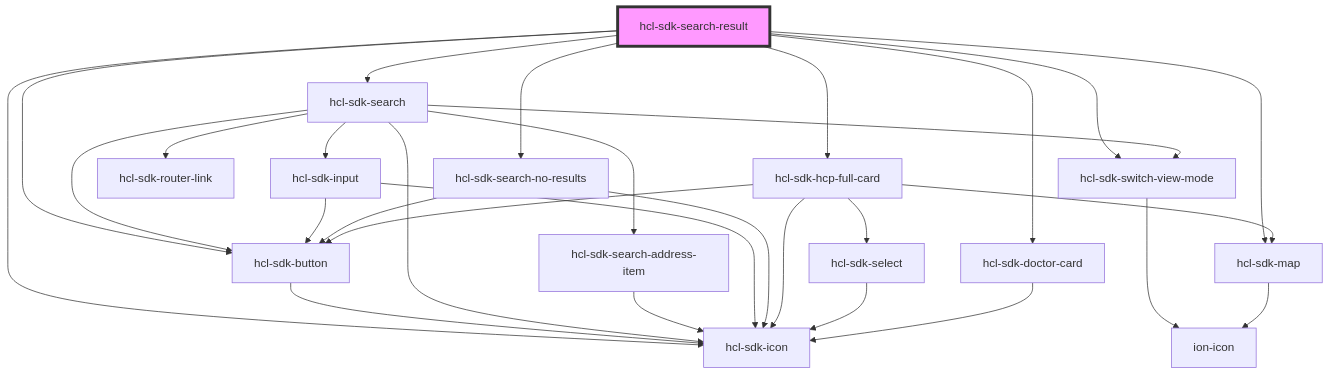
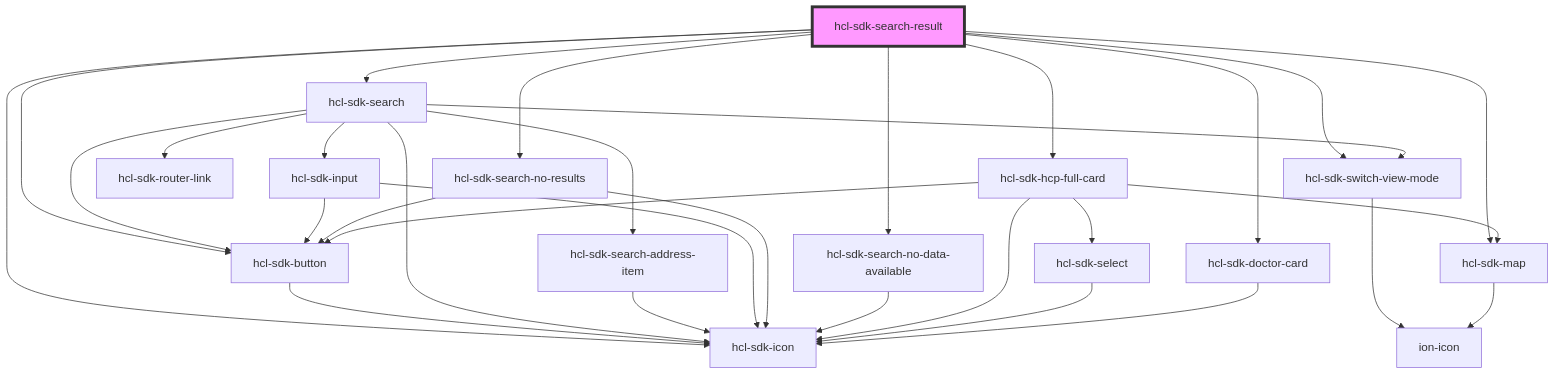
The diagram in packages/hcl-sdk-web-ui/docs/components/screens/hcl-sdk-search-result/readme.md (hcl-sdk/HealthCareLocatorWebSDK), drawn with Mermaid before and after one commit. The commit also changed other lines of this file and 21 other files, not shown here.

Commit message:
fix(all): handle search readonly when autocomplete selected, relaunch geolocation, no data available screen

````diff
--- a/packages/hcl-sdk-web-ui/docs/components/screens/hcl-sdk-search-result/readme.md
+++ b/packages/hcl-sdk-web-ui/docs/components/screens/hcl-sdk-search-result/readme.md
@@ -22,32 +23,34 @@
 ```mermaid
 graph TD;
   hcl-sdk-search-result --> hcl-sdk-button
   hcl-sdk-search-result --> hcl-sdk-switch-view-mode
   hcl-sdk-search-result --> hcl-sdk-icon
   hcl-sdk-search-result --> hcl-sdk-search
   hcl-sdk-search-result --> hcl-sdk-search-no-results
+  hcl-sdk-search-result --> hcl-sdk-search-no-data-available
   hcl-sdk-search-result --> hcl-sdk-hcp-full-card
   hcl-sdk-search-result --> hcl-sdk-doctor-card
   hcl-sdk-search-result --> hcl-sdk-map
   hcl-sdk-button --> hcl-sdk-icon
   hcl-sdk-switch-view-mode --> ion-icon
   hcl-sdk-search --> hcl-sdk-search-address-item
   hcl-sdk-search --> hcl-sdk-router-link
   hcl-sdk-search --> hcl-sdk-icon
   hcl-sdk-search --> hcl-sdk-input
   hcl-sdk-search --> hcl-sdk-button
   hcl-sdk-search --> hcl-sdk-switch-view-mode
   hcl-sdk-search-address-item --> hcl-sdk-icon
   hcl-sdk-input --> hcl-sdk-button
   hcl-sdk-input --> hcl-sdk-icon
   hcl-sdk-search-no-results --> hcl-sdk-icon
   hcl-sdk-search-no-results --> hcl-sdk-button
+  hcl-sdk-search-no-data-available --> hcl-sdk-icon
   hcl-sdk-hcp-full-card --> hcl-sdk-button
   hcl-sdk-hcp-full-card --> hcl-sdk-icon
   hcl-sdk-hcp-full-card --> hcl-sdk-map
   hcl-sdk-hcp-full-card --> hcl-sdk-select
   hcl-sdk-map --> ion-icon
   hcl-sdk-select --> hcl-sdk-icon
   hcl-sdk-doctor-card --> hcl-sdk-icon
   style hcl-sdk-search-result fill:#f9f,stroke:#333,stroke-width:4px
 ```
````
